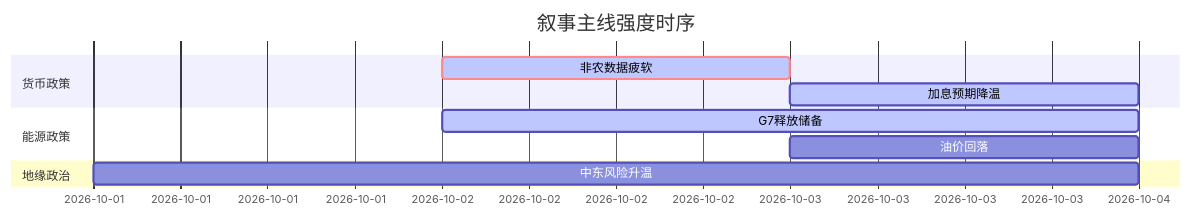
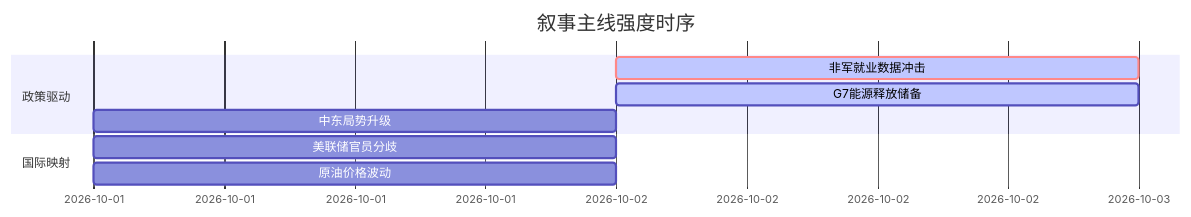
Before and after one commit to uu5zn/uu5zn.github.io: the diagram in 5day_report.md, drawn with Mermaid. The commit also changed other lines of this file and 3 other files, not shown here.

````diff
--- a/5day_report.md
+++ b/5day_report.md
@@ -55,15 +56,13 @@
 ```mermaid
 gantt
     title 叙事主线强度时序
     dateFormat  YYYY-MM-DD
-    section 货币政策
-    非农数据疲软   :crit, active, 2026-10-02, 1d
-    加息预期降温   :active, 2026-10-03, 1d
-    
-    section 能源政策
-    G7释放储备     :active, 2026-10-02, 2d
-    油价回落       :2026-10-03, 1d
-    
-    section 地缘政治
-    中东风险升温   :2026-10-01, 3d
+    section 政策驱动
+    非军就业数据冲击   :crit, active, 2026-10-02, 1d
+    G7能源释放储备       :active, 2026-10-02, 1d
+    中东局势升级        :2026-10-01, 1d
+
+    section 国际映射
+    美联储官员分歧       :2026-10-01, 1d
+    原油价格波动        :2026-10-01, 1d
 ```
````
